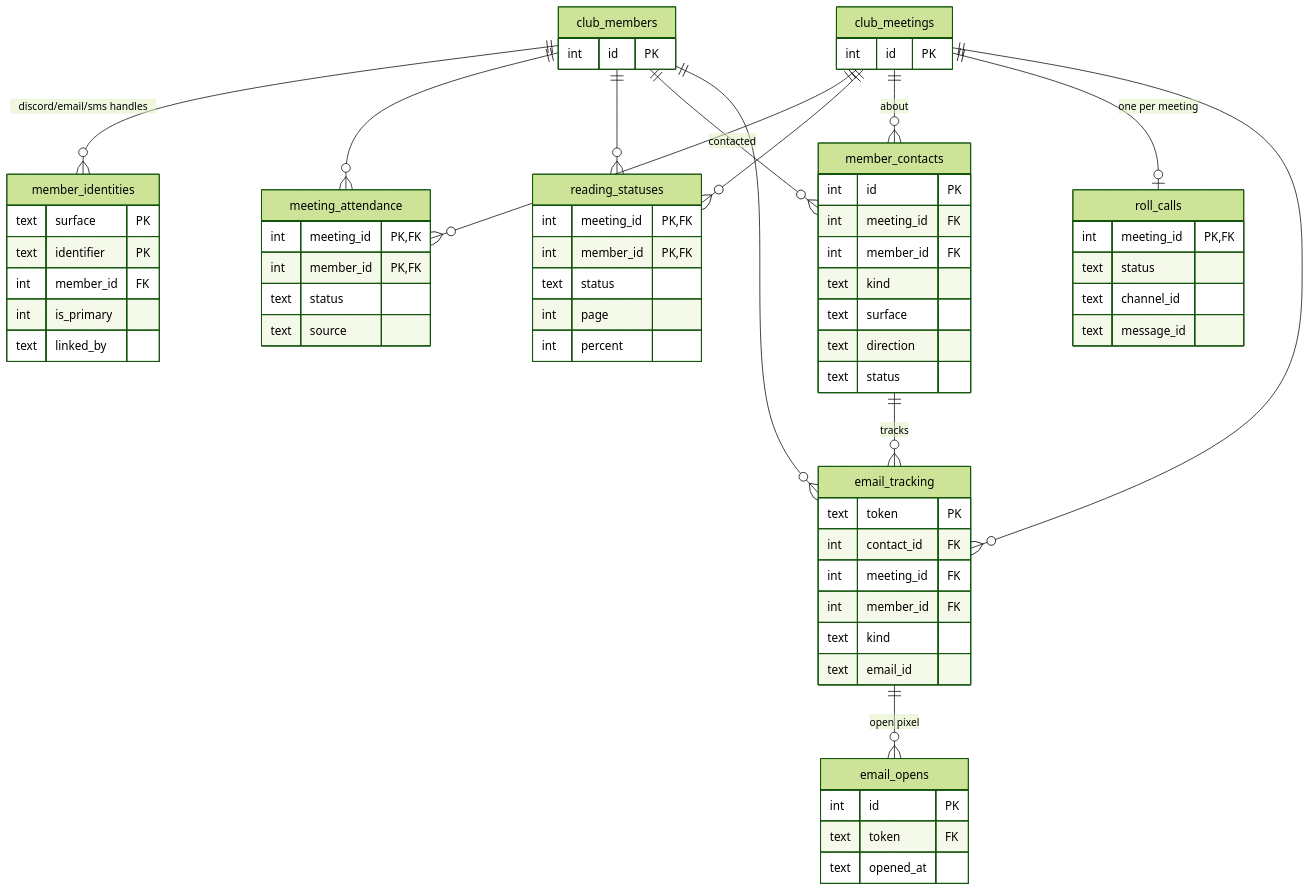
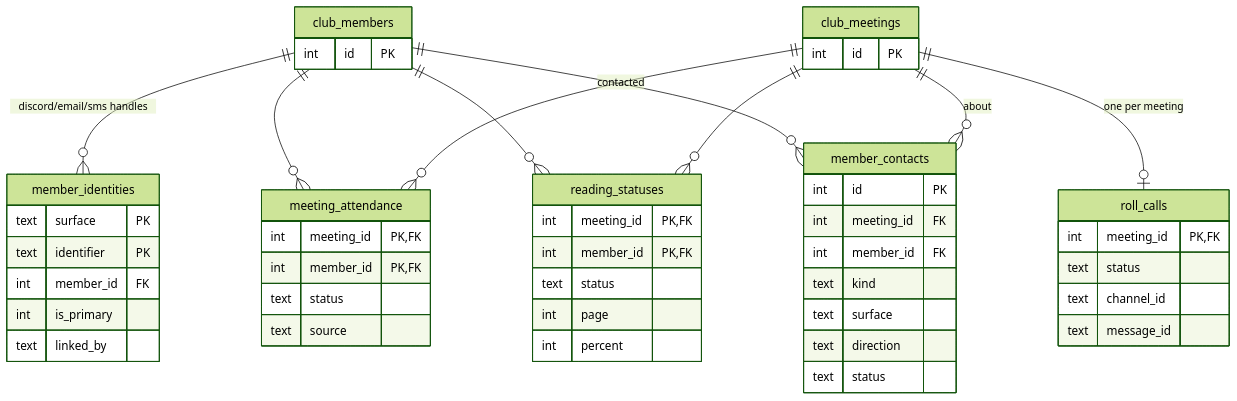
One commit to jthingelstad/rwbookclub.com changed the second of 3 diagrams in docs/ERD.md. Above: the diagram before and after it, drawn with Mermaid (forest theme). The commit also changed other lines of this file and 19 other files, not shown here.

First line of the commit message:
Remove email open-tracking system (member privacy)

````diff
--- a/docs/ERD.md
+++ b/docs/ERD.md
@@ -160,66 +160,49 @@
 ```mermaid
 erDiagram
     club_members   ||--o{ member_identities  : "discord/email/sms handles"
     club_members   ||--o{ meeting_attendance : ""
     club_meetings  ||--o{ meeting_attendance : ""
     club_members   ||--o{ reading_statuses   : ""
     club_meetings  ||--o{ reading_statuses   : ""
     club_members   ||--o{ member_contacts    : "contacted"
     club_meetings  ||--o{ member_contacts    : "about"
     club_meetings  ||--o| roll_calls         : "one per meeting"
-    club_members   ||--o{ email_tracking     : ""
-    club_meetings  ||--o{ email_tracking     : ""
-    member_contacts ||--o{ email_tracking    : "tracks"
-    email_tracking ||--o{ email_opens        : "open pixel"
 
     club_members  { int id PK }
     club_meetings { int id PK }
     member_identities {
         text surface PK
         text identifier PK
         int member_id FK
         int is_primary
         text linked_by
     }
     meeting_attendance {
         int meeting_id PK,FK
         int member_id PK,FK
         text status
         text source
     }
     reading_statuses {
         int meeting_id PK,FK
         int member_id PK,FK
         text status
         int page
         int percent
     }
     member_contacts {
         int id PK
         int meeting_id FK
         int member_id FK
         text kind
         text surface
         text direction
         text status
     }
     roll_calls {
         int meeting_id PK,FK
         text status
         text channel_id
         text message_id
     }
-    email_tracking {
-        text token PK
-        int contact_id FK
-        int meeting_id FK
-        int member_id FK
-        text kind
-        text email_id
-    }
-    email_opens {
-        int id PK
-        text token FK
-        text opened_at
-    }
 ```
````
